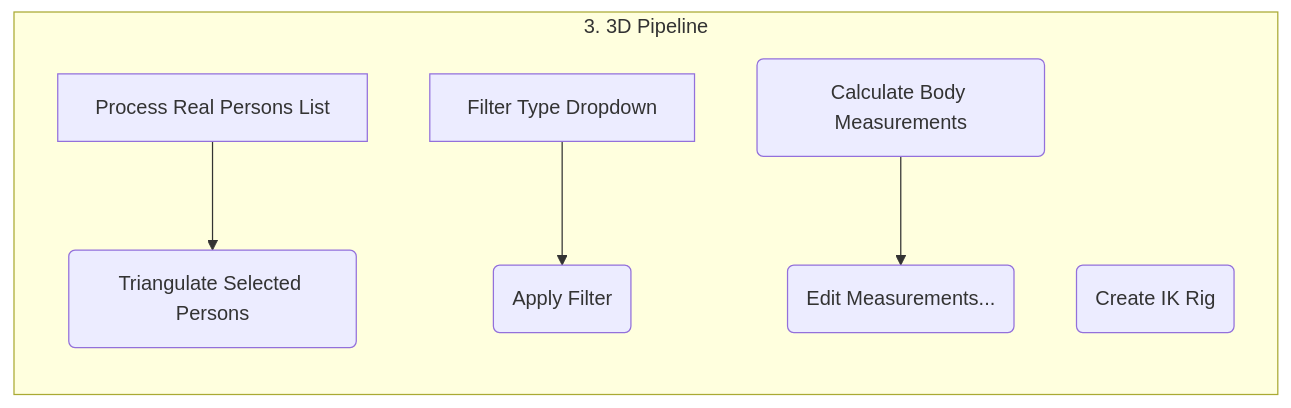
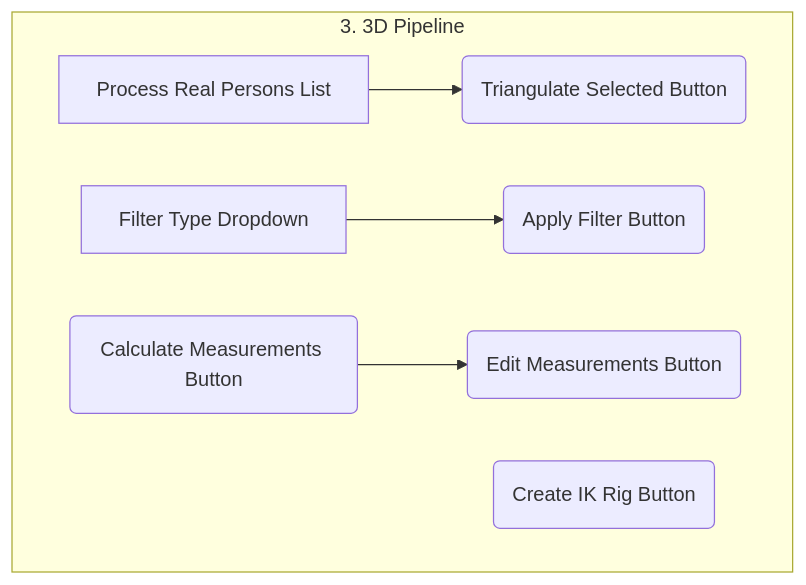
Before and after one commit to hkaimio/PoseEdit: the fifth of 7 diagrams in design.md, drawn with Mermaid. The commit also changed other lines of this file, not shown here.

Commit message:
design: Fix diagrams

````diff
--- a/design.md
+++ b/design.md
@@ -248,17 +247,15 @@
 ```mermaid
 graph TD
     subgraph "3. 3D Pipeline"
-        direction TB
-        A["Process Real Persons List"]
-        B(Triangulate Selected Persons)
-        C["Filter Type Dropdown"]
-        D(Apply Filter)
-        E(Calculate Body Measurements)
-        F(Edit Measurements...)
-        G(Create IK Rig)
-
+        A["Process Real Persons List"];
+        B("Triangulate Selected Button");
+        C["Filter Type Dropdown"];
+        D("Apply Filter Button");
+        E("Calculate Measurements Button");
+        F("Edit Measurements Button");
+        G("Create IK Rig Button");
         A --> B;
         C --> D;
         E --> F;
     end
 ```
````
